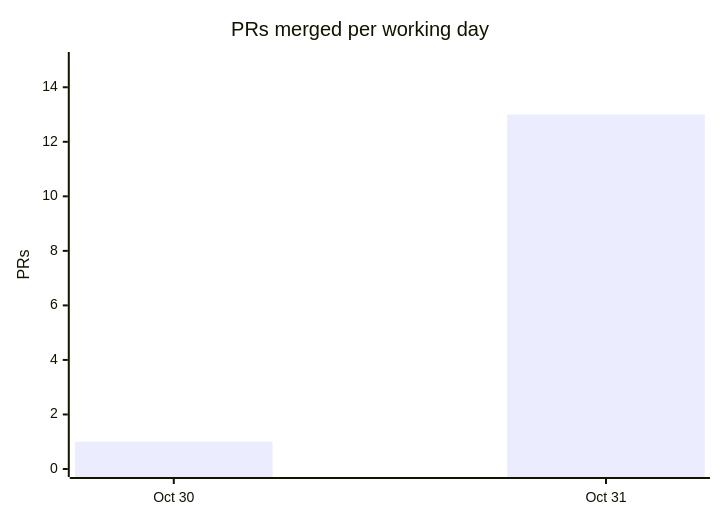
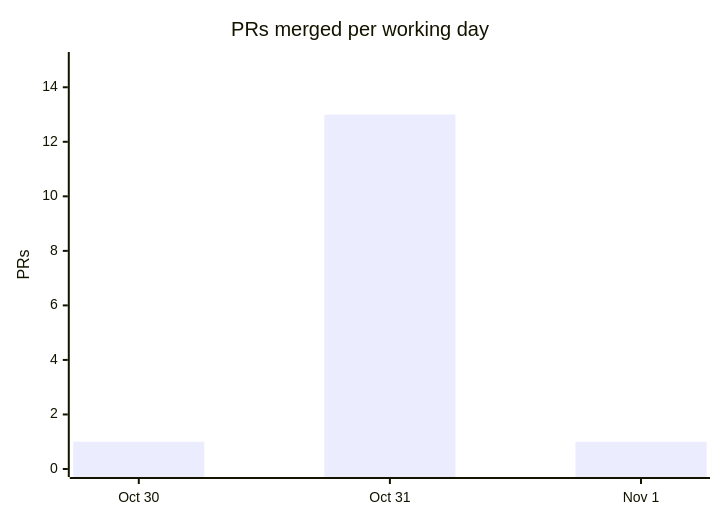
Before and after one commit to cmprssd/nfsh: the fourth of 4 diagrams in docs/OVERVIEW.md, drawn with Mermaid. The commit also changed other lines of this file and 8 other files, not shown here.

````diff
--- a/docs/OVERVIEW.md
+++ b/docs/OVERVIEW.md
@@ -139,7 +139,7 @@
 ```mermaid
 xychart-beta
     title "PRs merged per working day"
-    x-axis ["Oct 30", "Oct 31"]
+    x-axis ["Oct 30", "Oct 31", "Nov 1"]
     y-axis "PRs" 0 --> 15
-    bar [1, 13]
+    bar [1, 13, 1]
 ```
````
